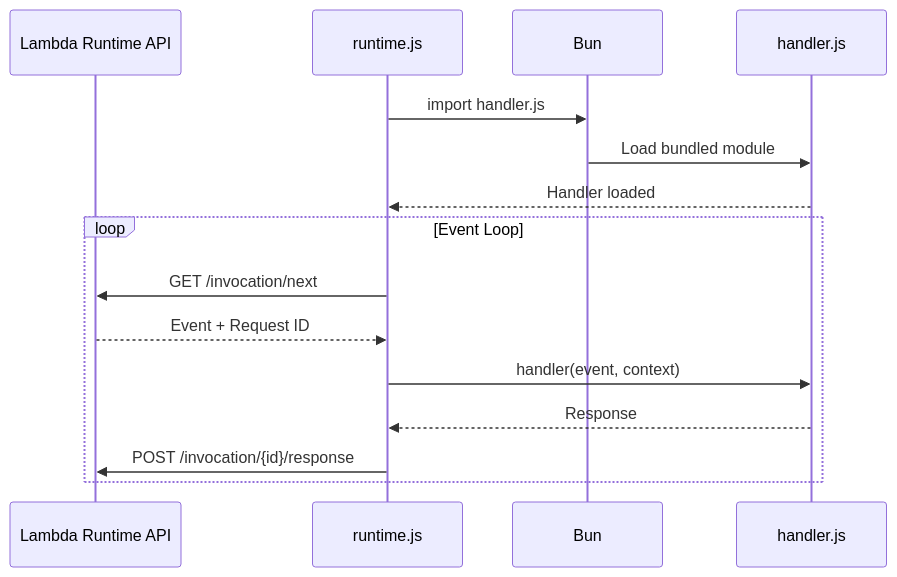
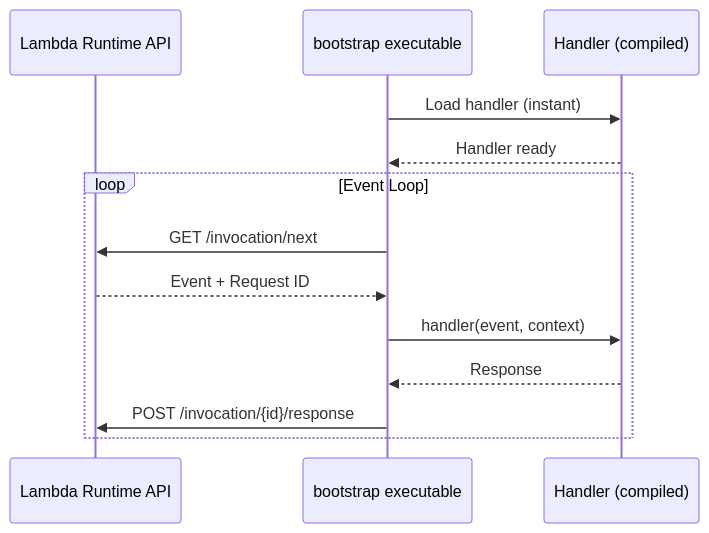
Before and after one commit to thadeu/serverless-bun-plugin: the second of 2 diagrams in README.md, drawn with Mermaid. The commit also changed other lines of this file and 2 other files, not shown here.

````diff
--- a/README.md
+++ b/README.md
@@ -144,19 +144,17 @@
 ```mermaid
 sequenceDiagram
     participant API as Lambda Runtime API
-    participant RT as runtime.js
-    participant BUN as Bun
-    participant H as handler.js
+    participant EXE as bootstrap executable
+    participant H as Handler (compiled)
 
-    RT->>BUN: import handler.js
-    BUN->>H: Load bundled module
-    H-->>RT: Handler loaded
+    EXE->>H: Load handler (instant)
+    H-->>EXE: Handler ready
 
     loop Event Loop
-        RT->>API: GET /invocation/next
-        API-->>RT: Event + Request ID
-        RT->>H: handler(event, context)
-        H-->>RT: Response
-        RT->>API: POST /invocation/{id}/response
+        EXE->>API: GET /invocation/next
+        API-->>EXE: Event + Request ID
+        EXE->>H: handler(event, context)
+        H-->>EXE: Response
+        EXE->>API: POST /invocation/{id}/response
     end
 ```
````
